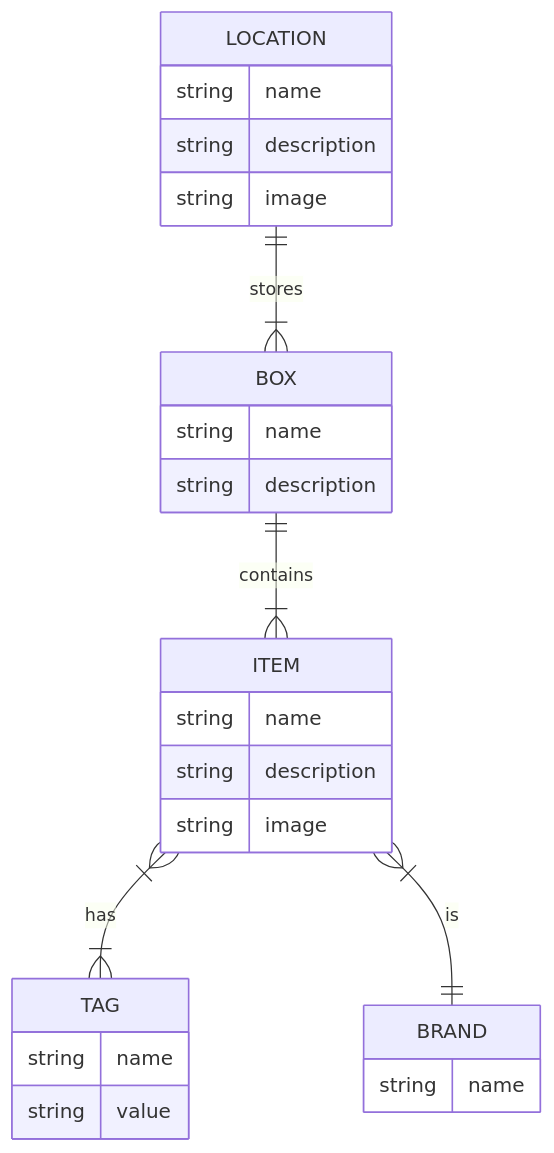
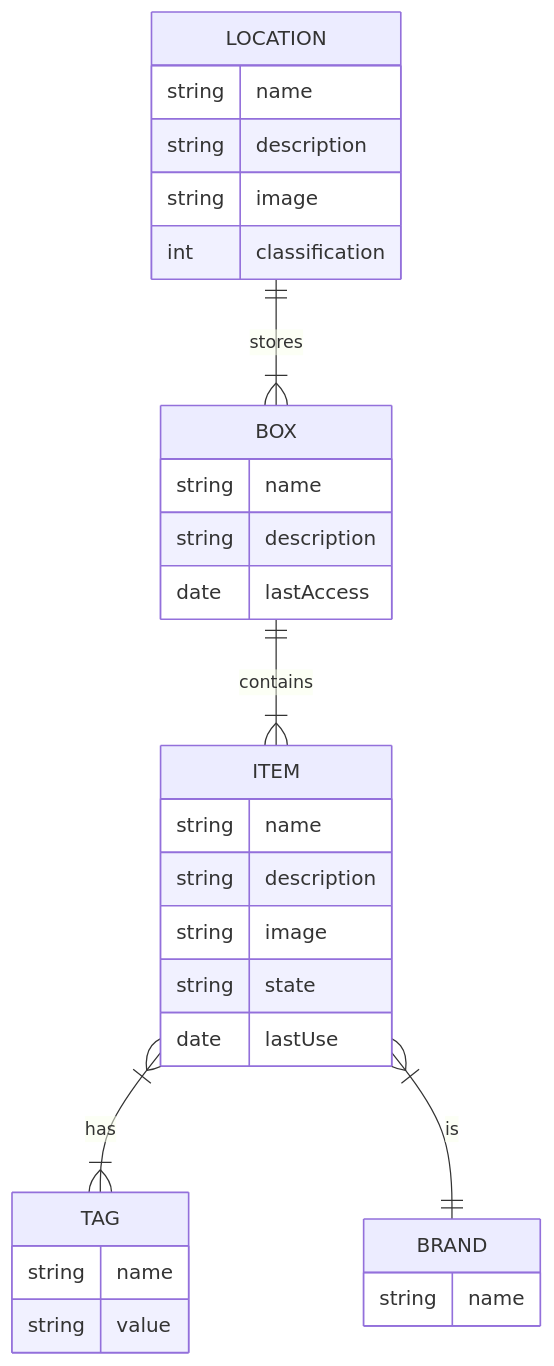
The second of 2 diagrams in README.md (Storganizer/api), drawn with Mermaid before and after one commit. The commit also changed other lines of this file, not shown here.

Commit message:
added some colums needed for the idea

````diff
--- a/README.md
+++ b/README.md
@@ -52,42 +53,46 @@
 ```mermaid
 erDiagram
     LOCATION {
         string name
         string description
         string image
+        int classification
     }
 
     
     BOX {
         string name
         string description
+        date lastAccess
     }
 
 
     ITEM {
         string name
         string description
         string image
+        string state
+        date lastUse
 
     }
 
     TAG {
         string name
         string value
     }
 
     BRAND {
         string name
     }
 
 
 
 
     LOCATION ||--|{ BOX : stores
     BOX ||--|{ ITEM : contains
     ITEM }|--|{ TAG : has
     ITEM }|--|| BRAND : is
 
 
 
 ```
````
